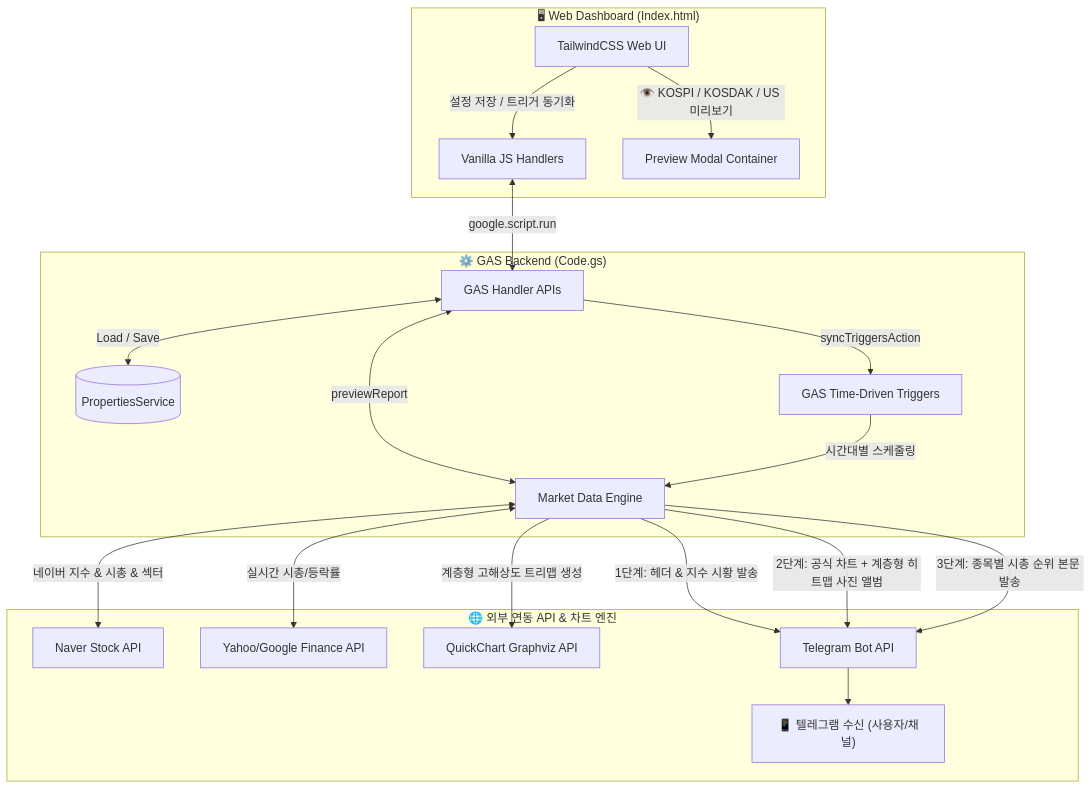
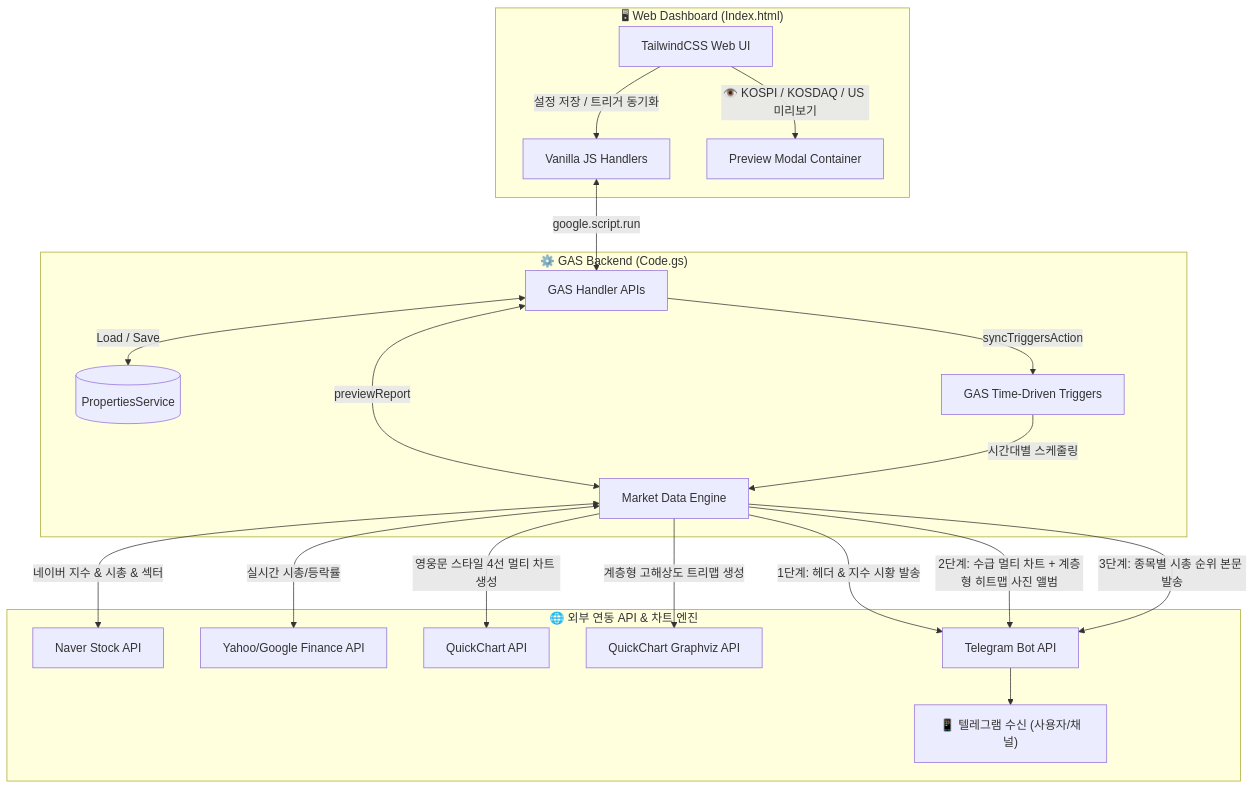
One commit to moozuknet/StockRankInfo changed the diagram in README.md. Above: the diagram before and after it, drawn with Mermaid. The commit also changed other lines of this file and 3 other files, not shown here.

````diff
--- a/README.md
+++ b/README.md
@@ -90,25 +94,26 @@
 ```mermaid
 flowchart TD
     subgraph Frontend["🖥 Web Dashboard (Index.html)"]
         UI[TailwindCSS Web UI] -->|설정 저장 / 트리거 동기화| JS[Vanilla JS Handlers]
-        UI -->|👁️ KOSPI / KOSDAK / US 미리보기| PreviewModal[Preview Modal Container]
+        UI -->|👁️ KOSPI / KOSDAQ / US 미리보기| PreviewModal[Preview Modal Container]
     end
 
     subgraph Backend["⚙️ GAS Backend (Code.gs)"]
         JS <-->|google.script.run| API[GAS Handler APIs]
         API <-->|previewReport| Scraper[Market Data Engine]
         API <-->|Load / Save| Storage[(PropertiesService)]
         API -->|syncTriggersAction| Scheduler[GAS Time-Driven Triggers]
     end
 
     subgraph External["🌐 외부 연동 API & 차트 엔진"]
         Scheduler -->|시간대별 스케줄링| Scraper
         Scraper <-->|네이버 지수 & 시총 & 섹터| Naver[Naver Stock API]
         Scraper <-->|실시간 시총/등락률| Yahoo[Yahoo/Google Finance API]
-        Scraper -->|계층형 고해상도 트리맵 생성| QuickChart[QuickChart Graphviz API]
+        Scraper -->|영웅문 스타일 4선 멀티 차트 생성| QuickChart[QuickChart API]
+        Scraper -->|계층형 고해상도 트리맵 생성| QuickChartGraphviz[QuickChart Graphviz API]
         Scraper -->|1단계: 헤더 & 지수 시황 발송| Telegram[Telegram Bot API]
-        Scraper -->|2단계: 공식 차트 + 계층형 히트맵 사진 앨범| Telegram
+        Scraper -->|2단계: 수급 멀티 차트 + 계층형 히트맵 사진 앨범| Telegram
         Scraper -->|3단계: 종목별 시총 순위 본문 발송| Telegram
         Telegram --> UserDevice["📱 텔레그램 수신 (사용자/채널)"]
     end
 ```
````
